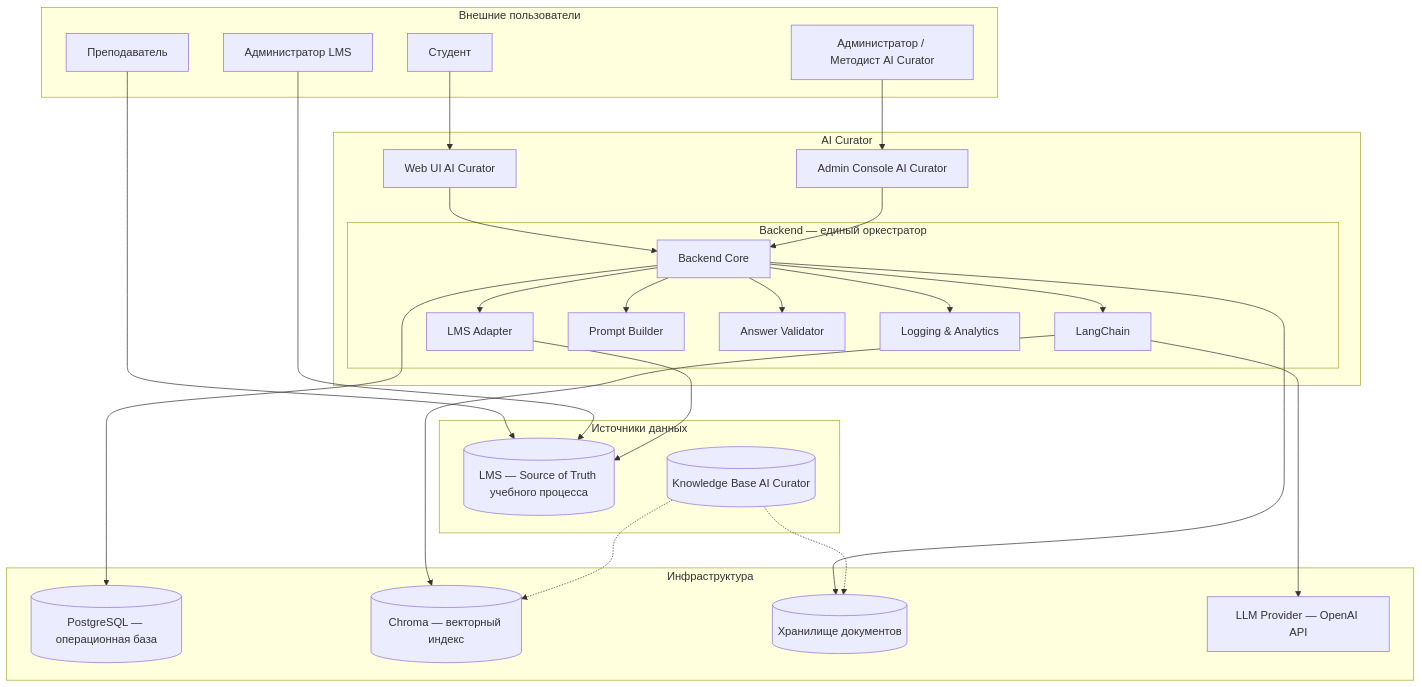
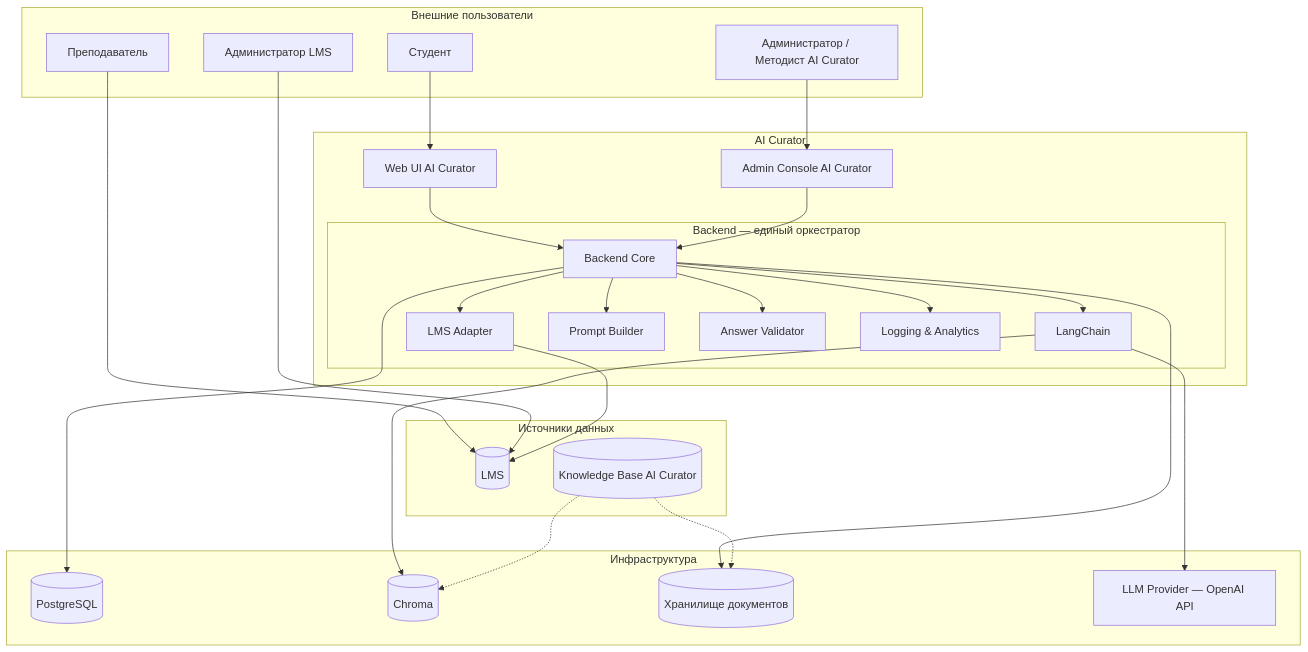
One commit to AlexLvGulyaev/AI-Curator changed the diagram in README.md. Above: the diagram before and after it, drawn with Mermaid. The commit also changed other lines of this file and 23 other files, not shown here.

````diff
--- a/README.md
+++ b/README.md
@@ -77,58 +65,58 @@
 ```mermaid
 flowchart TB
     subgraph "Внешние пользователи"
         Student[Студент]
         Teacher[Преподаватель]
         LMSAdmin[Администратор LMS]
         AICAdmin[Администратор / Методист AI Curator]
     end
 
     subgraph "AI Curator"
         WebUI[Web UI AI Curator]
         AdminConsole[Admin Console AI Curator]
 
         subgraph "Backend — единый оркестратор"
             Backend[Backend Core]
             LMSAdapter[LMS Adapter]
             LangChain[LangChain]
             PromptBuilder[Prompt Builder]
             Validator[Answer Validator]
             Logger[Logging & Analytics]
         end
     end
 
     subgraph "Источники данных"
-        LMS[(LMS — Source of Truth учебного процесса)]
+        LMS[(LMS)]
         KB[(Knowledge Base AI Curator)]
     end
 
     subgraph "Инфраструктура"
-        DB[(PostgreSQL — операционная база)]
-        VectorStore[(Chroma — векторный индекс)]
+        DB[(PostgreSQL)]
+        VectorStore[(Chroma)]
         DocStore[(Хранилище документов)]
         LLM[LLM Provider — OpenAI API]
     end
 
     Student --> WebUI
     AICAdmin --> AdminConsole
     Teacher --> LMS
     LMSAdmin --> LMS
 
     WebUI --> Backend
     AdminConsole --> Backend
 
     Backend --> LMSAdapter
     Backend --> LangChain
     Backend --> PromptBuilder
     Backend --> Validator
     Backend --> Logger
 
     LMSAdapter --> LMS
     LangChain --> VectorStore
     LangChain --> LLM
 
     Backend --> DB
     Backend --> DocStore
     KB -.-> DocStore
     KB -.-> VectorStore
 ```
````
